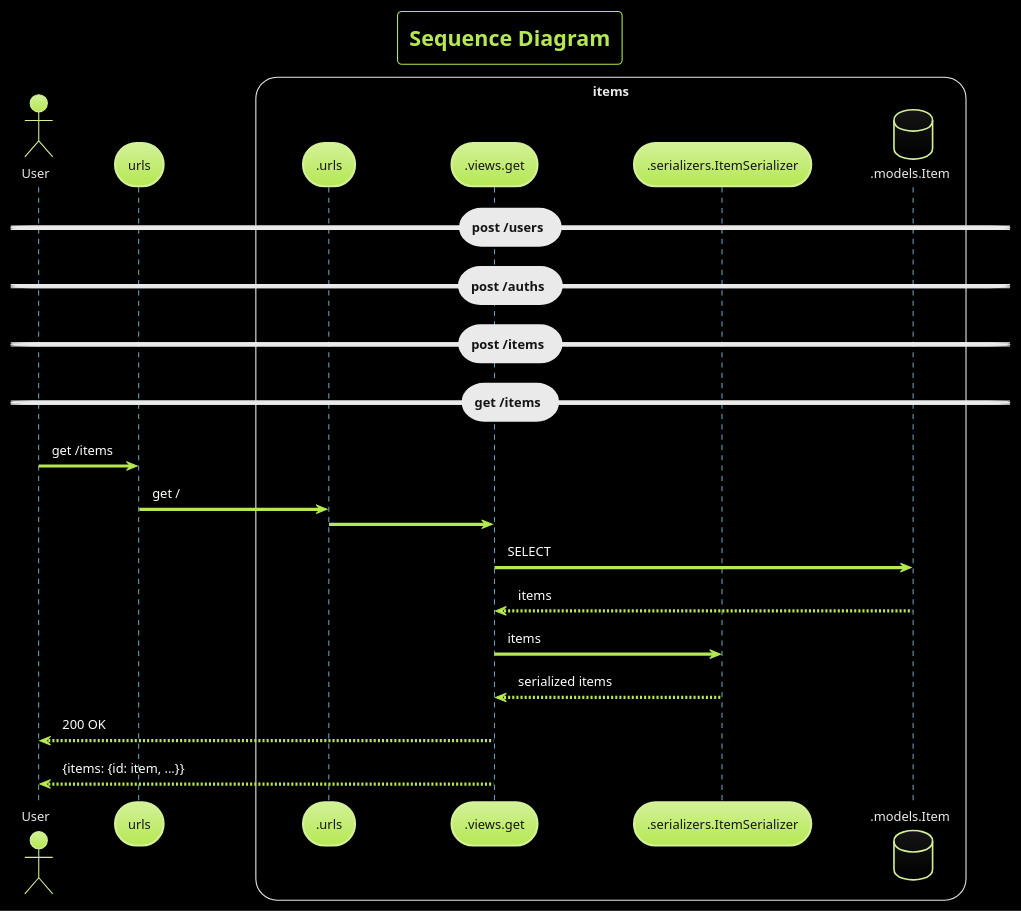
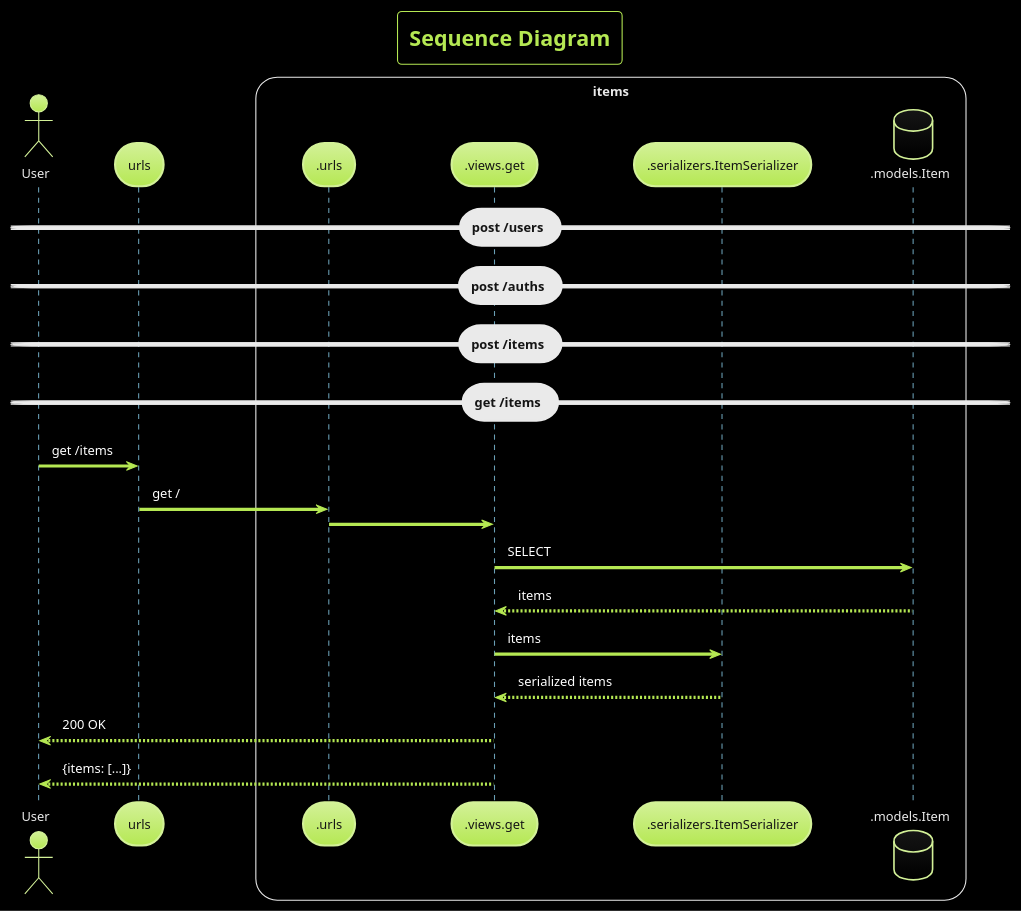
One commit to AdityaShenoy/FlipCart changed the fifth of 6 diagrams in design.plantuml. Above: the diagram before and after it, drawn with PlantUML. The commit also changed other lines of this file, not shown here.

Commit message:
docs: get/items/id

```diff
--- a/design.plantuml
+++ b/design.plantuml
@@ -97,28 +97,28 @@
 @startuml 5
 
     !theme hacker
     skinparam BackgroundColor black
     title "Sequence Diagram"
 
     actor User
     participant urls
     box items
     participant .urls
     participant .views.get
     participant .serializers.ItemSerializer
     database .models.Item
 
     == post /users ==
     == post /auths ==
     == post /items ==
     == get /items ==
     User       ->  urls                        : get /items
     urls       ->  .urls                       : get /
     .urls      ->  .views.get                  :
     .views.get ->  .models.Item                : SELECT
     .views.get <-- .models.Item                : items
     .views.get ->  .serializers.ItemSerializer : items
     .views.get <-- .serializers.ItemSerializer : serialized items
     User       <-- .views.get                  : 200 OK
-    User       <-- .views.get                  : {items: {id: item, ...}}
+    User       <-- .views.get                  : {items: [...]}
 @enduml
```
